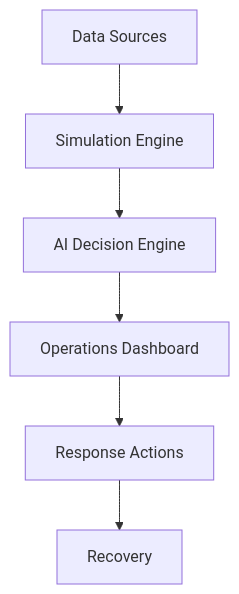
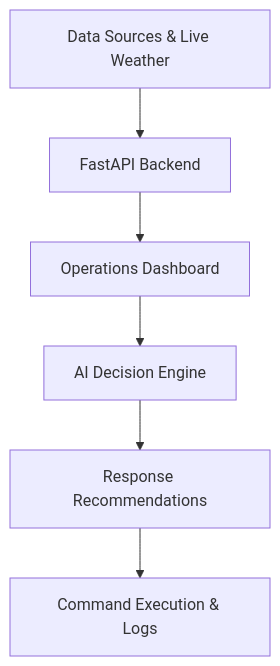
The diagram in README.md (Aaryan-2903/CityNerve), drawn with Mermaid before and after one commit. The commit also changed other lines of this file and 26 other files, not shown here.

````diff
--- a/README.md
+++ b/README.md
@@ -115,8 +108,8 @@
 ```mermaid
 graph TD
-A[Data Sources] --> B[Simulation Engine]
-B --> C[AI Decision Engine]
-C --> D[Operations Dashboard]
-D --> E[Response Actions]
-E --> F[Recovery]
+A[Data Sources & Live Weather] --> B[FastAPI Backend]
+B --> C[Operations Dashboard]
+C --> D[AI Decision Engine]
+D --> E[Response Recommendations]
+E --> F[Command Execution & Logs]
 ```
````
